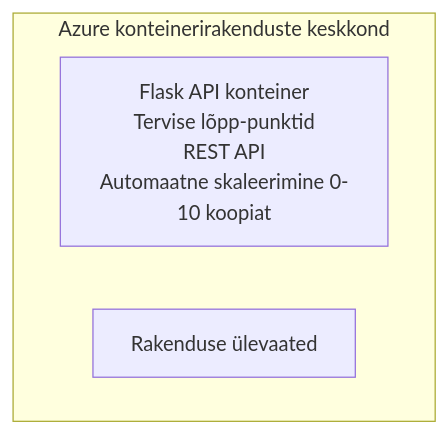
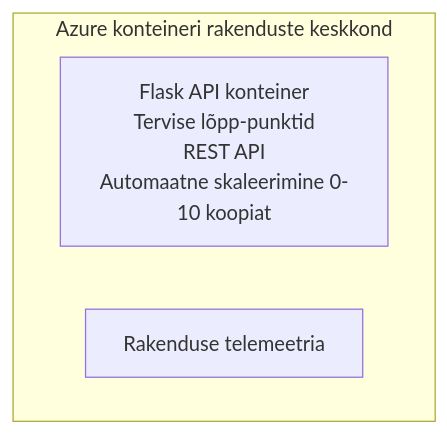
One commit to microsoft/AZD-for-beginners changed the diagram in translations/et/examples/container-app/simple-flask-api/README.md. Above: the diagram before and after it, drawn with Mermaid. The commit also changed other lines of this file and 104 other files, not shown here.

````diff
--- a/translations/et/examples/container-app/simple-flask-api/README.md
+++ b/translations/et/examples/container-app/simple-flask-api/README.md
@@ -26,7 +26,7 @@
 ```mermaid
 graph TD
-    subgraph ACA[Azure konteinerirakenduste keskkond]
+    subgraph ACA[Azure konteineri rakenduste keskkond]
         Flask[Flask API konteiner<br/>Tervise lõpp-punktid<br/>REST API<br/>Automaatne skaleerimine 0-10 koopiat]
-        AppInsights[Rakenduse ülevaated]
+        AppInsights[Rakenduse telemeetria]
     end
 ```
````
